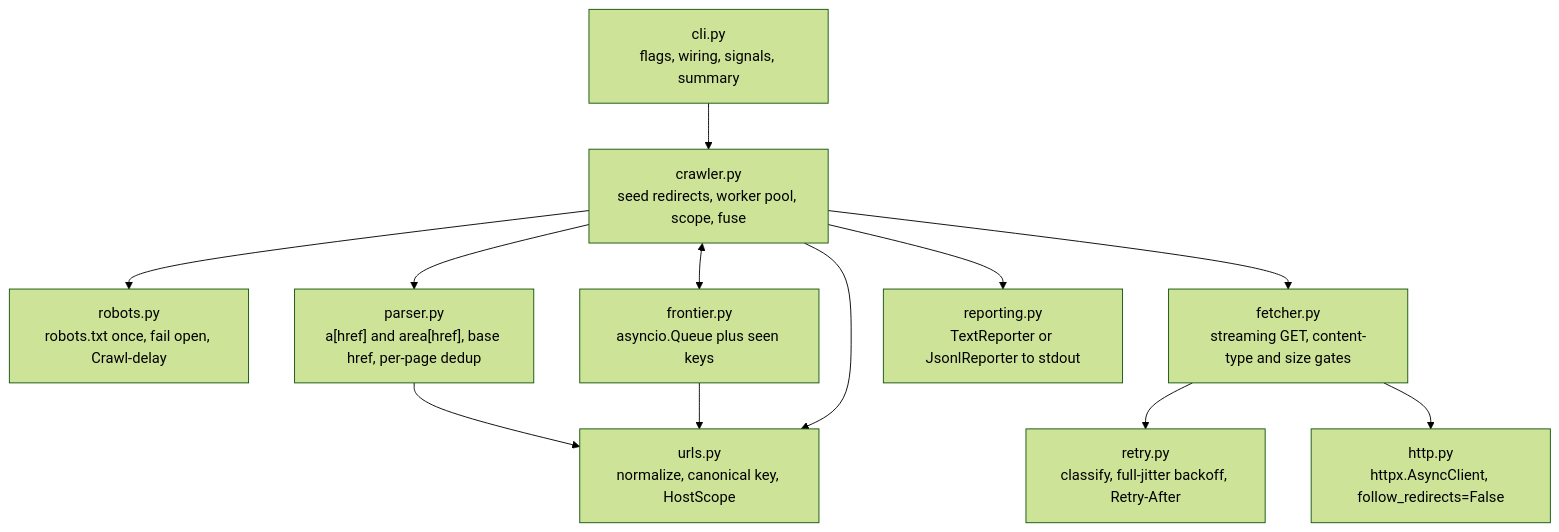
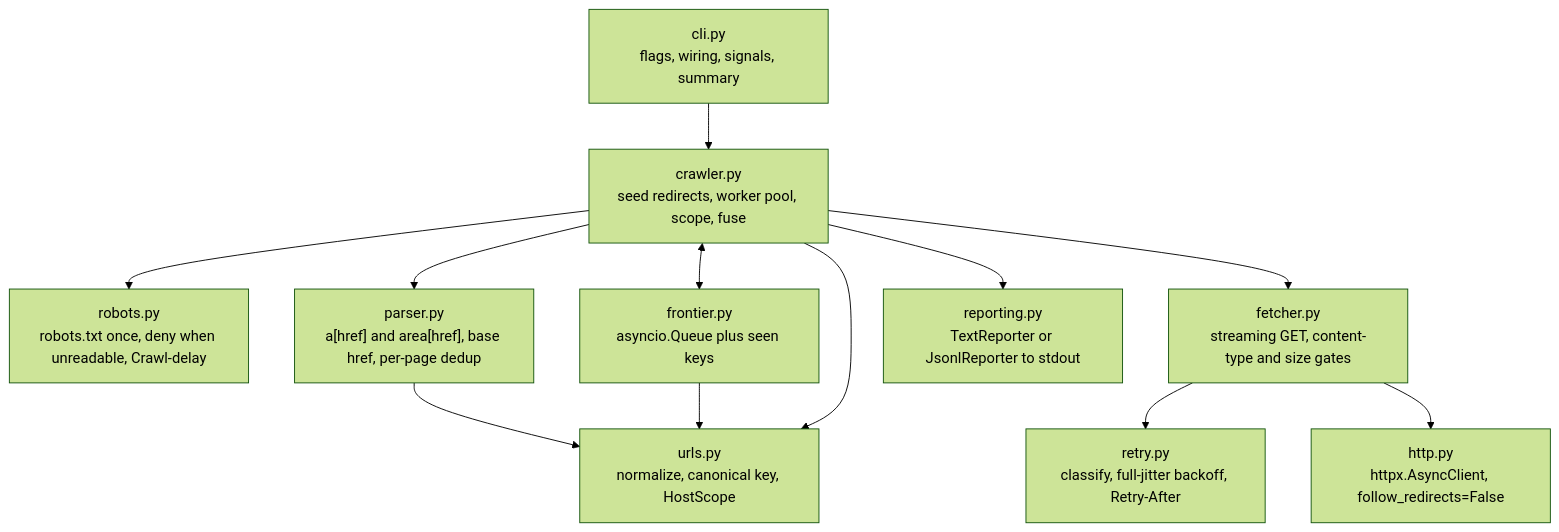
The first of 2 diagrams in docs/architecture.md (jmbcs/url-crawler), drawn with Mermaid (forest theme) before and after one commit. The commit also changed other lines of this file and 5 other files, not shown here.

````diff
--- a/docs/architecture.md
+++ b/docs/architecture.md
@@ -28,14 +12,14 @@
 ```mermaid
 flowchart TD
     CLI["cli.py<br>flags, wiring, signals, summary"] --> Crawler["crawler.py<br>seed redirects, worker pool, scope, fuse"]
-    Crawler --> Robots["robots.py<br>robots.txt once, fail open, Crawl-delay"]
+    Crawler --> Robots["robots.py<br>robots.txt once, deny when unreadable, Crawl-delay"]
     Crawler <--> Frontier["frontier.py<br>asyncio.Queue plus seen keys"]
     Crawler --> Fetcher["fetcher.py<br>streaming GET, content-type and size gates"]
     Fetcher --> Retry["retry.py<br>classify, full-jitter backoff, Retry-After"]
     Fetcher --> Client["http.py<br>httpx.AsyncClient, follow_redirects=False"]
     Crawler --> Parser["parser.py<br>a[href] and area[href], base href, per-page dedup"]
     Parser --> Urls["urls.py<br>normalize, canonical key, HostScope"]
     Frontier --> Urls
     Crawler --> Urls
     Crawler --> Reporter["reporting.py<br>TextReporter or JsonlReporter to stdout"]
 ```
````
